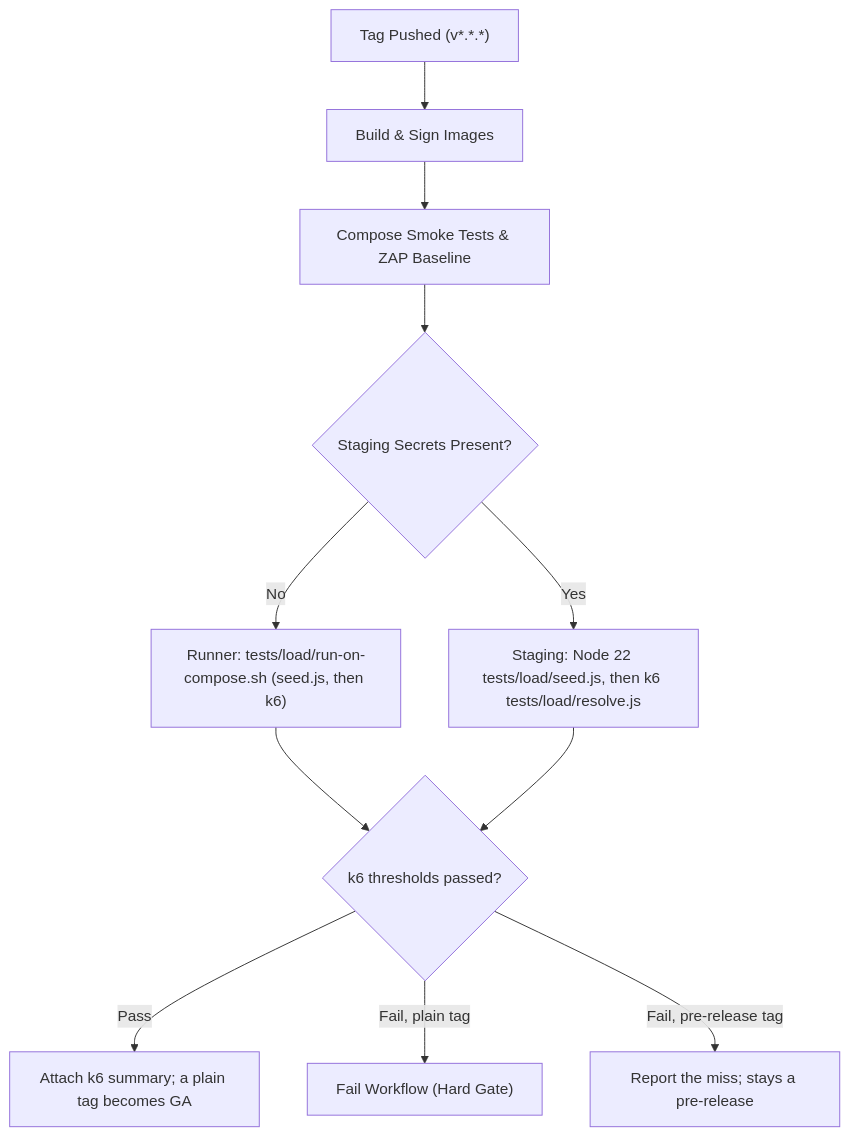
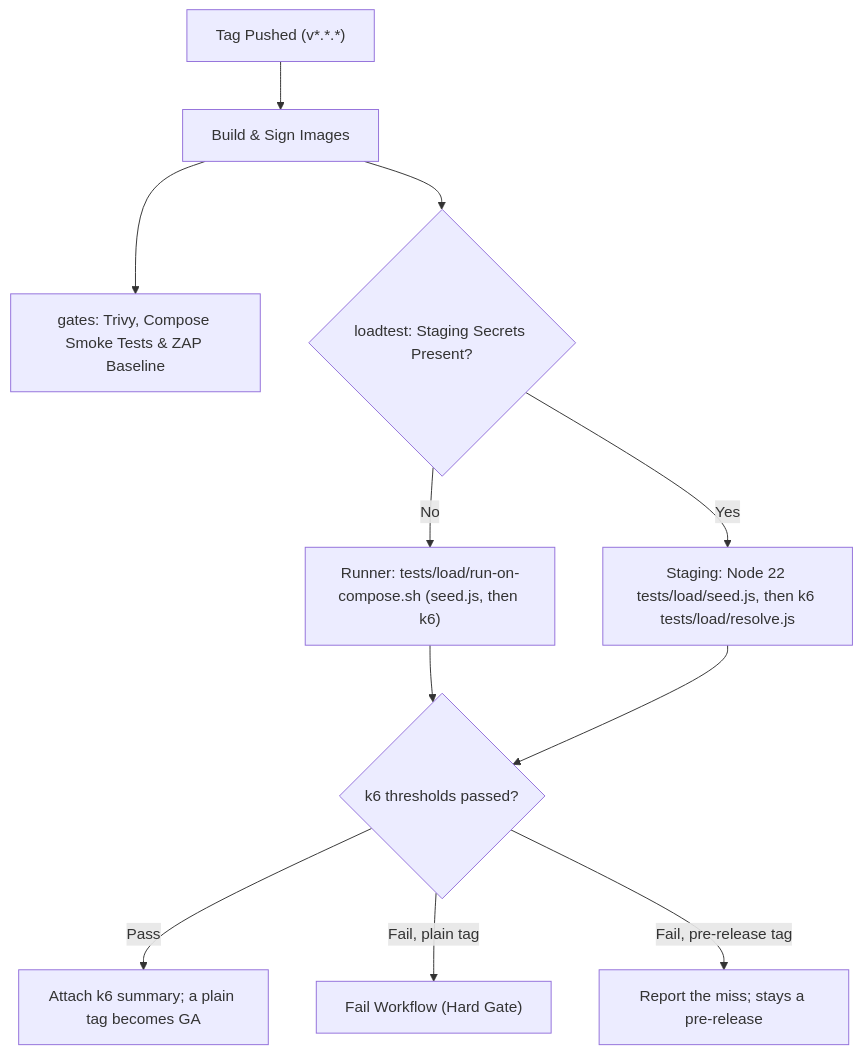
The diagram in docs/operations/staging-loadtest-guide.md (MAGORS-organisation/Deep-Links-Engine), drawn with Mermaid before and after one commit. The commit also changed other lines of this file and 2 other files, not shown here.

Commit message:
ci(release): run the k6 gate as its own job on the load-test machine
Only the k6 gate needs the larger machine, so it moves out of the gates job
(Trivy, smoke and ZAP stay on a standard runner) into a loadtest job whose
runs-on comes from DLE_LOADTEST_RUNNER and which starts its own stack from the
released images. helm, promote and release read its outputs. The Load test
workflow becomes the hand-run rehearsal on that machine and no longer runs on
pull requests, where a standard runner cannot generate the spike. The header
and the staging guide name what a self-hosted runner needs and say to delete
the variable before the machine goes away.

````diff
--- a/docs/operations/staging-loadtest-guide.md
+++ b/docs/operations/staging-loadtest-guide.md
@@ -68,13 +68,13 @@
 ```mermaid
 flowchart TD
     A["Tag Pushed (v*.*.*)"] --> B["Build & Sign Images"]
-    B --> C["Compose Smoke Tests & ZAP Baseline"]
-    C --> D{"Staging Secrets Present?"}
+    B --> C["gates: Trivy, Compose Smoke Tests & ZAP Baseline"]
+    B --> D{"loadtest: Staging Secrets Present?"}
     D -- No --> E["Runner: tests/load/run-on-compose.sh (seed.js, then k6)"]
     D -- Yes --> F["Staging: Node 22 tests/load/seed.js, then k6 tests/load/resolve.js"]
     E --> H{"k6 thresholds passed?"}
     F --> H
     H -- Pass --> I["Attach k6 summary; a plain tag becomes GA"]
     H -- Fail, plain tag --> J["Fail Workflow (Hard Gate)"]
     H -- Fail, pre-release tag --> K["Report the miss; stays a pre-release"]
 ```
````
